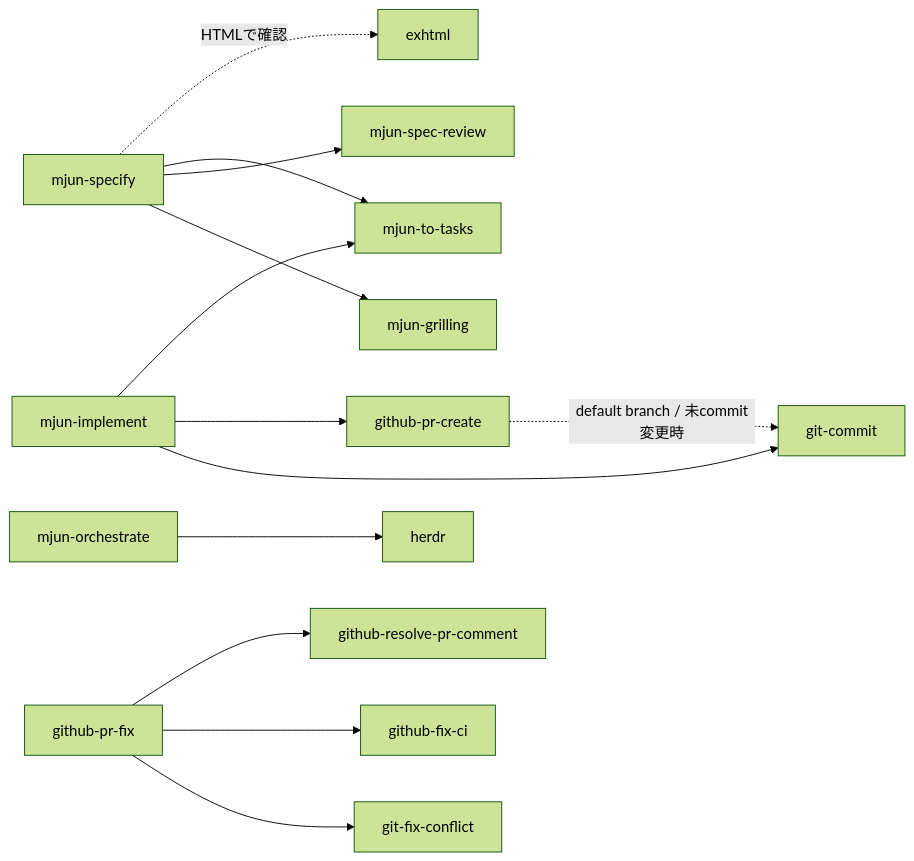
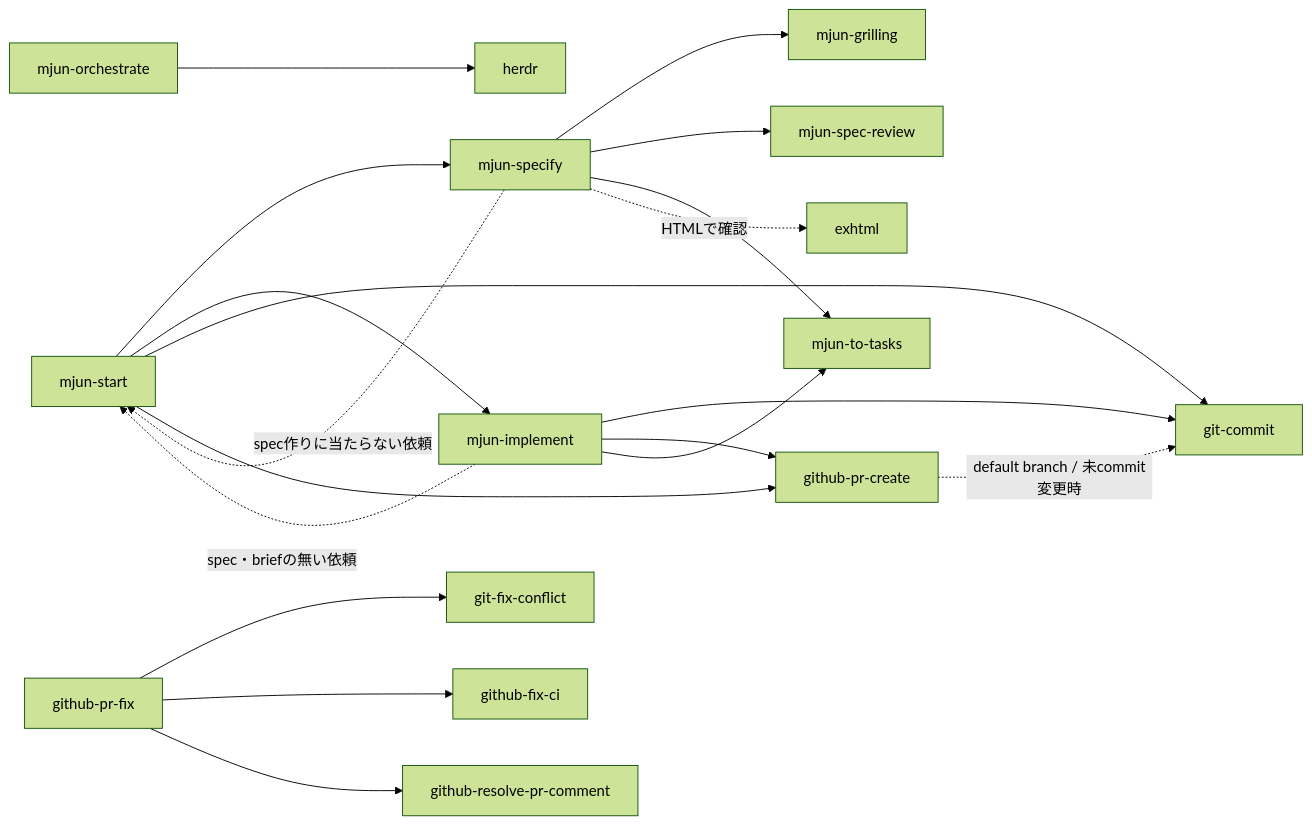
Before and after one commit to mjun0812/dotfiles: the diagram in doc/skills_ja.md, drawn with Mermaid (forest theme). The commit also changed other lines of this file and 15 other files, not shown here.

First line of the commit message:
feat: add mjun-start to route dev work by kind

````diff
--- a/doc/skills_ja.md
+++ b/doc/skills_ja.md
@@ -133,19 +134,26 @@
 ```mermaid
 graph LR
     github-pr-create -. default branch / 未commit変更時 .-> git-commit
 
+    mjun-start --> mjun-specify
+    mjun-start --> mjun-implement
+    mjun-start --> git-commit
+    mjun-start --> github-pr-create
+
+    mjun-specify -. spec作りに当たらない依頼 .-> mjun-start
     mjun-specify --> mjun-grilling
     mjun-specify --> mjun-spec-review
     mjun-specify --> mjun-to-tasks
     mjun-specify -. HTMLで確認 .-> exhtml
 
     mjun-implement --> git-commit
     mjun-implement --> github-pr-create
     mjun-implement --> mjun-to-tasks
+    mjun-implement -. spec・briefの無い依頼 .-> mjun-start
 
     mjun-orchestrate --> herdr
 
     github-pr-fix --> git-fix-conflict
     github-pr-fix --> github-fix-ci
     github-pr-fix --> github-resolve-pr-comment
 ```
````
